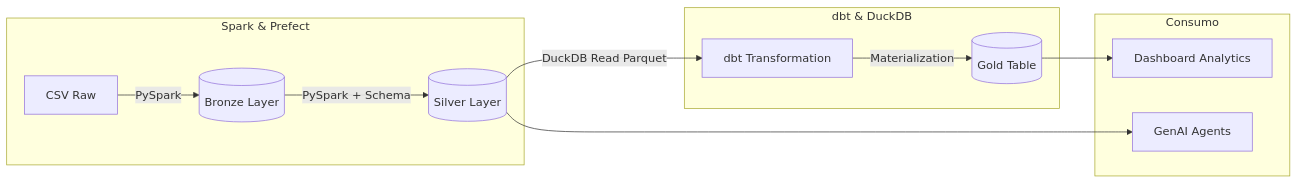
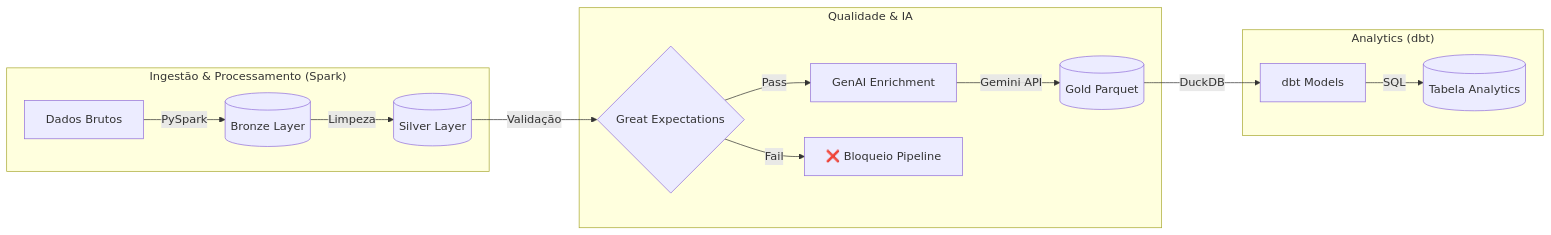
The diagram in README.md (ricardoribs/RICARDO_RIBEIRO_DDF_TECH_122025), drawn with Mermaid before and after one commit. The commit also changed other lines of this file and 5 other files, not shown here.

````diff
--- a/README.md
+++ b/README.md
@@ -64,17 +72,19 @@
 ```mermaid
 graph LR
-    subgraph Ingestão & Processamento [Spark & Prefect]
-        A[CSV Raw] -->|PySpark| B[(Bronze Layer)]
-        B -->|PySpark + Schema| C[(Silver Layer)]
+    subgraph "Ingestão & Processamento (Spark)"
+        A[Dados Brutos] -->|PySpark| B[(Bronze Layer)]
+        B -->|Limpeza| C[(Silver Layer)]
     end
 
-    subgraph Analytics Engineering [dbt & DuckDB]
-        C -->|DuckDB Read Parquet| D[dbt Transformation]
-        D -->|Materialization| E[(Gold Table)]
+    subgraph "Qualidade & IA"
+        C -->|Validação| GX{Great Expectations}
+        GX -->|Pass| AI[GenAI Enrichment]
+        GX -->|Fail| Stop[❌ Bloqueio Pipeline]
+        AI -->|Gemini API| D[(Gold Parquet)]
     end
 
-    subgraph Consumo
-        E --> F[Dashboard Analytics]
-        C --> G[GenAI Agents]
+    subgraph "Analytics (dbt)"
+        D -->|DuckDB| E[dbt Models]
+        E -->|SQL| F[(Tabela Analytics)]
     end
 ```
````
